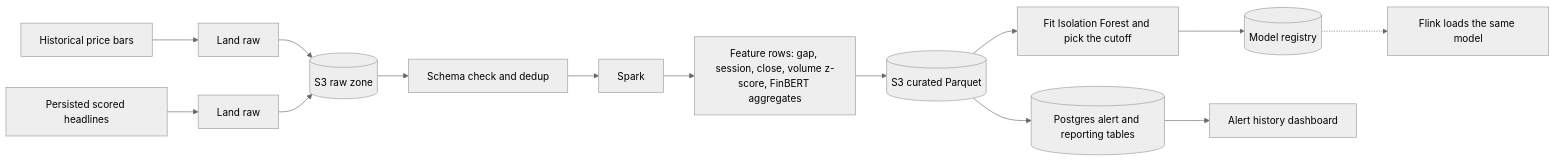
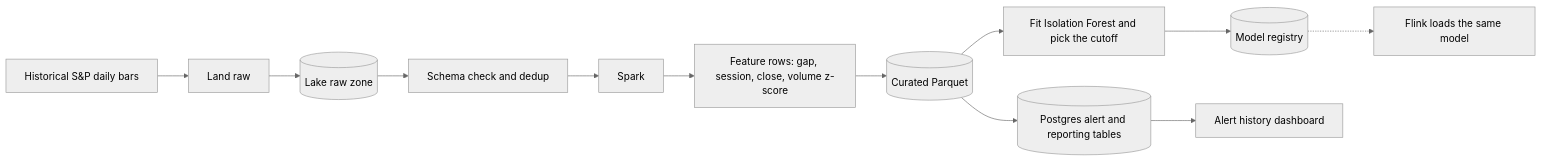
The sixth of 8 diagrams in docs/architecture.md (sameerde4/ticker-alert-system), drawn with Mermaid (neutral theme) before and after one commit. The commit also changed other lines of this file and 6 other files, not shown here.

First line of the commit message:
Align docs with the S&P 500 Alert System and price-only lake.

````diff
--- a/docs/architecture.md
+++ b/docs/architecture.md
@@ -228,16 +242,14 @@
 ```mermaid
 flowchart LR
-    HP[Historical price bars] --> ELP[Land raw]
-    HN[Persisted scored headlines] --> ELN[Land raw]
-    ELP --> RAW[(S3 raw zone)]
-    ELN --> RAW
+    HP[Historical S&P daily bars] --> ELP[Land raw]
+    ELP --> RAW[(Lake raw zone)]
     RAW --> VAL[Schema check and dedup]
     VAL --> SPARK[Spark]
-    SPARK --> FEAT[Feature rows: gap, session, close, volume z-score, FinBERT aggregates]
-    FEAT --> CUR[(S3 curated Parquet)]
+    SPARK --> FEAT[Feature rows: gap, session, close, volume z-score]
+    FEAT --> CUR[(Curated Parquet)]
     CUR --> TRAIN[Fit Isolation Forest and pick the cutoff]
     TRAIN --> REG[(Model registry)]
     REG -.-> FLINK[Flink loads the same model]
     CUR --> PG[(Postgres alert and reporting tables)]
     PG --> UI[Alert history dashboard]
 ```
````
